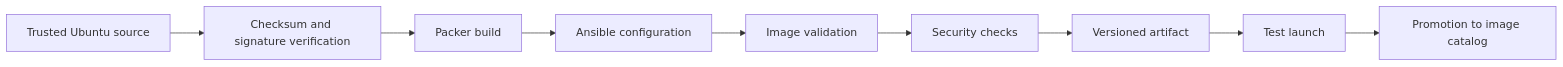
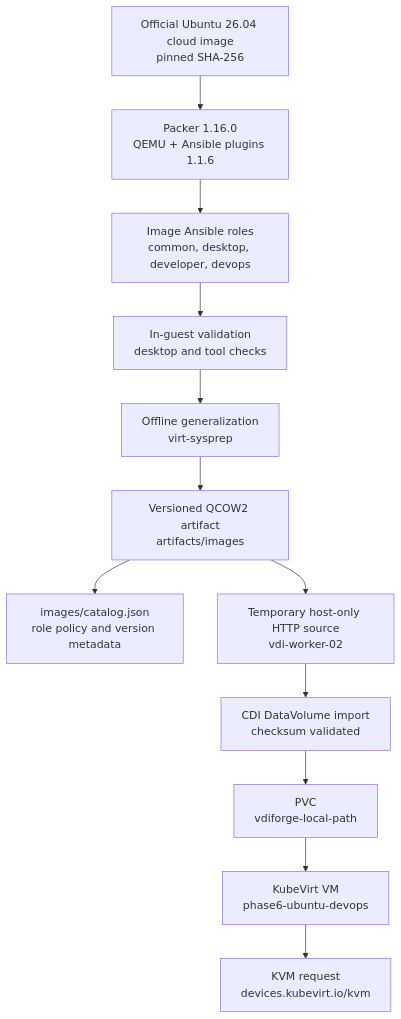
Diagram 11 of 12 in docs/ARCHITECTURE.md (happelj/VDIForge), drawn with Mermaid before and after one commit. The commit also changed other lines of this file and 57 other files, not shown here.

Commit message:
feat: establish Ubuntu golden image pipeline

````diff
--- a/docs/ARCHITECTURE.md
+++ b/docs/ARCHITECTURE.md
@@ -322,21 +322,27 @@
 ```mermaid
-flowchart LR
-  Source[Trusted Ubuntu source]
-  Verify[Checksum and signature verification]
-  Packer[Packer build]
-  Ansible[Ansible configuration]
-  Validate[Image validation]
-  Scan[Security checks]
-  Artifact[Versioned artifact]
-  Test[Test launch]
-  Promote[Promotion to image catalog]
+flowchart TB
+  Source[Official Ubuntu 26.04 cloud image<br/>pinned SHA-256]
+  Packer[Packer 1.16.0<br/>QEMU + Ansible plugins 1.1.6]
+  Ansible[Image Ansible roles<br/>common, desktop, developer, devops]
+  Validate[In-guest validation<br/>desktop and tool checks]
+  Generalize[Offline generalization<br/>virt-sysprep]
+  Artifact[Versioned QCOW2 artifact<br/>artifacts/images]
+  Catalog[images/catalog.json<br/>role policy and version metadata]
+  HTTP[Temporary host-only HTTP source<br/>vdi-worker-02]
+  CDI[CDI DataVolume import<br/>checksum validated]
+  PVC[PVC<br/>vdiforge-local-path]
+  VM[KubeVirt VM<br/>phase6-ubuntu-devops]
+  KVM[KVM request<br/>devices.kubevirt.io/kvm]
 
-  Source --> Verify
-  Verify --> Packer
+  Source --> Packer
   Packer --> Ansible
   Ansible --> Validate
-  Validate --> Scan
-  Scan --> Artifact
-  Artifact --> Test
-  Test --> Promote
+  Validate --> Generalize
+  Generalize --> Artifact
+  Artifact --> Catalog
+  Artifact --> HTTP
+  HTTP --> CDI
+  CDI --> PVC
+  PVC --> VM
+  VM --> KVM
 ```
````
